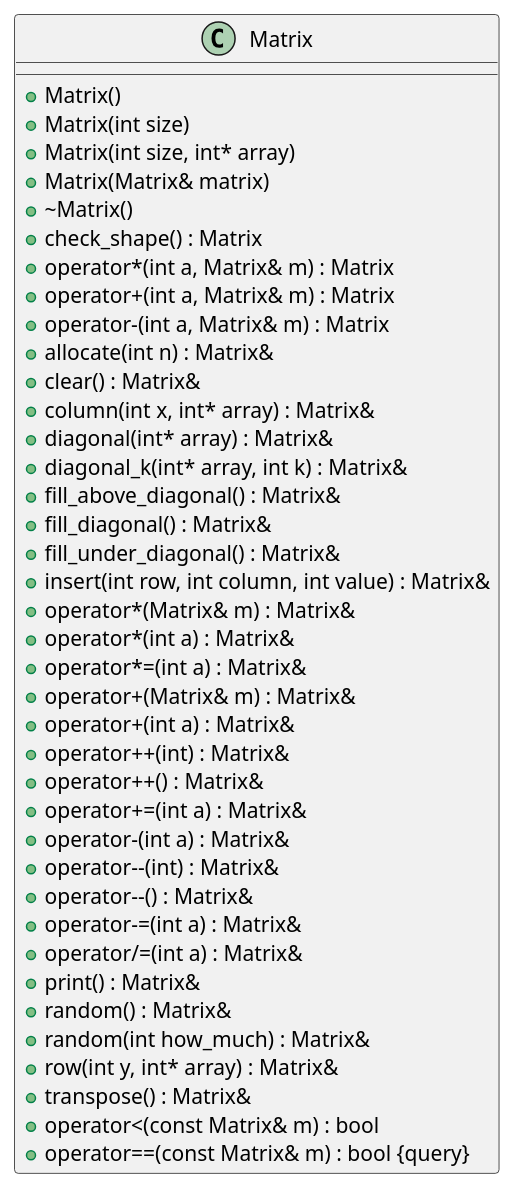
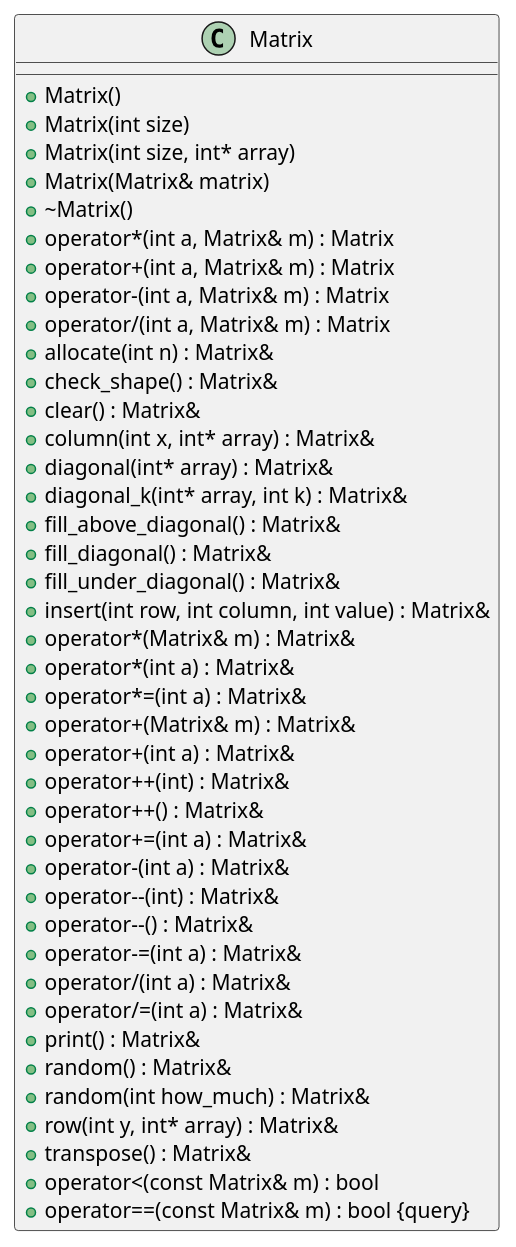
Before and after one commit to MaciejWojs/Matrix: the diagram in inline_umlgraph_pnghtml.pu, drawn with PlantUML. The commit also changed 19 other files, not shown here.

```diff
--- a/inline_umlgraph_pnghtml.pu
+++ b/inline_umlgraph_pnghtml.pu
@@ -1,43 +1,45 @@
 @startuml inline_umlgraph_1.png
 class Matrix {
 +Matrix()
 +Matrix(int size)
 +Matrix(int size, int* array)
 +Matrix(Matrix& matrix)
 +~Matrix()
-+check_shape() : Matrix
 +operator*(int a, Matrix& m) : Matrix
 +operator+(int a, Matrix& m) : Matrix
 +operator-(int a, Matrix& m) : Matrix
++operator/(int a, Matrix& m) : Matrix
 +allocate(int n) : Matrix&
++check_shape() : Matrix&
 +clear() : Matrix&
 +column(int x, int* array) : Matrix&
 +diagonal(int* array) : Matrix&
 +diagonal_k(int* array, int k) : Matrix&
 +fill_above_diagonal() : Matrix&
 +fill_diagonal() : Matrix&
 +fill_under_diagonal() : Matrix&
 +insert(int row, int column, int value) : Matrix&
 +operator*(Matrix& m) : Matrix&
 +operator*(int a) : Matrix&
 +operator*=(int a) : Matrix&
 +operator+(Matrix& m) : Matrix&
 +operator+(int a) : Matrix&
 +operator++(int) : Matrix&
 +operator++() : Matrix&
 +operator+=(int a) : Matrix&
 +operator-(int a) : Matrix&
 +operator--(int) : Matrix&
 +operator--() : Matrix&
 +operator-=(int a) : Matrix&
++operator/(int a) : Matrix&
 +operator/=(int a) : Matrix&
 +print() : Matrix&
 +random() : Matrix&
 +random(int how_much) : Matrix&
 +row(int y, int* array) : Matrix&
 +transpose() : Matrix&
 +operator<(const Matrix& m) : bool
 +operator==(const Matrix& m) : bool {query}
 
 }
 @enduml
```
